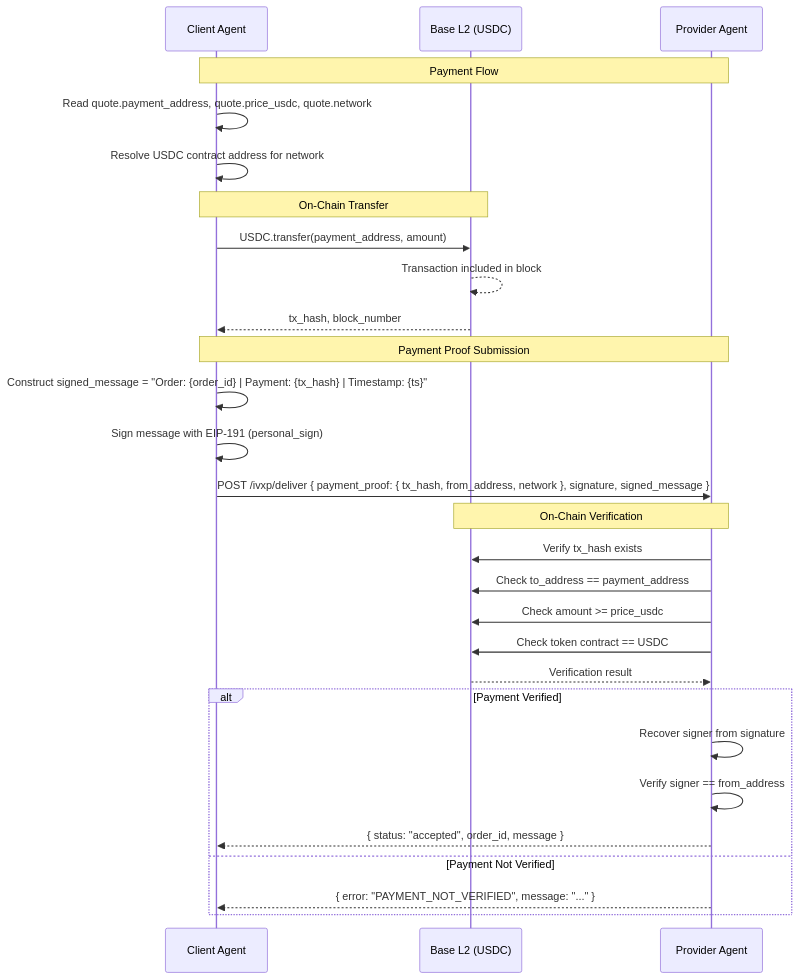
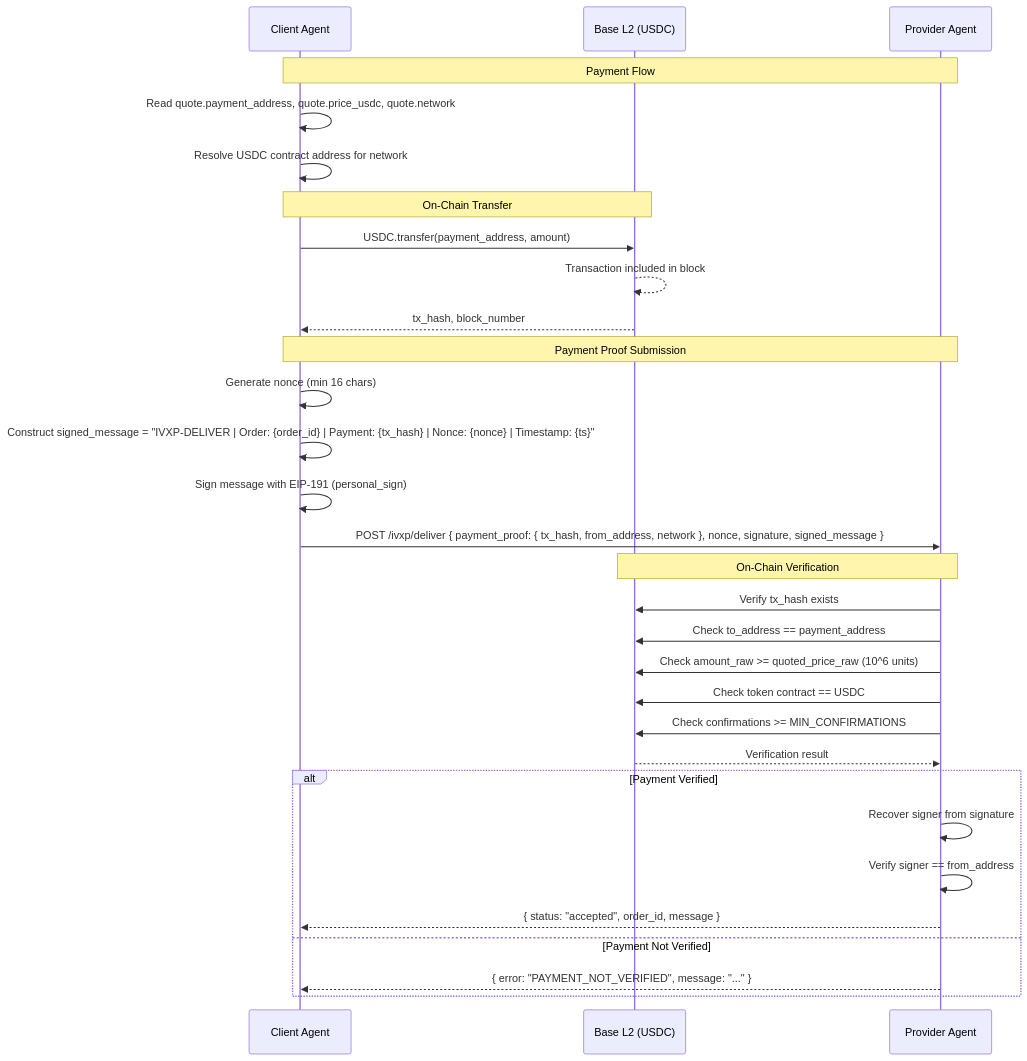
Before and after one commit to franksprotocols/ivxp-protocol: the diagram in docs/protocol/diagrams/payment-sequence.mmd, drawn with Mermaid. The commit also changed 11 other files, not shown here.

First line of the commit message:
docs(protocol): enforce nonce, canonical signed_message, and content_hash requirements

```diff
--- a/docs/protocol/diagrams/payment-sequence.mmd
+++ b/docs/protocol/diagrams/payment-sequence.mmd
@@ -1,34 +1,36 @@
 sequenceDiagram
     participant Client as Client Agent
     participant Chain as Base L2 (USDC)
     participant Provider as Provider Agent
 
     Note over Client,Provider: Payment Flow
 
     Client->>Client: Read quote.payment_address, quote.price_usdc, quote.network
     Client->>Client: Resolve USDC contract address for network
 
     Note over Client,Chain: On-Chain Transfer
     Client->>Chain: USDC.transfer(payment_address, amount)
     Chain-->>Chain: Transaction included in block
     Chain-->>Client: tx_hash, block_number
 
     Note over Client,Provider: Payment Proof Submission
-    Client->>Client: Construct signed_message = "Order: {order_id} | Payment: {tx_hash} | Timestamp: {ts}"
+    Client->>Client: Generate nonce (min 16 chars)
+    Client->>Client: Construct signed_message = "IVXP-DELIVER | Order: {order_id} | Payment: {tx_hash} | Nonce: {nonce} | Timestamp: {ts}"
     Client->>Client: Sign message with EIP-191 (personal_sign)
-    Client->>Provider: POST /ivxp/deliver { payment_proof: { tx_hash, from_address, network }, signature, signed_message }
+    Client->>Provider: POST /ivxp/deliver { payment_proof: { tx_hash, from_address, network }, nonce, signature, signed_message }
 
     Note over Provider,Chain: On-Chain Verification
     Provider->>Chain: Verify tx_hash exists
     Provider->>Chain: Check to_address == payment_address
-    Provider->>Chain: Check amount >= price_usdc
+    Provider->>Chain: Check amount_raw >= quoted_price_raw (10^6 units)
     Provider->>Chain: Check token contract == USDC
+    Provider->>Chain: Check confirmations >= MIN_CONFIRMATIONS
     Chain-->>Provider: Verification result
 
     alt Payment Verified
         Provider->>Provider: Recover signer from signature
         Provider->>Provider: Verify signer == from_address
         Provider-->>Client: { status: "accepted", order_id, message }
     else Payment Not Verified
         Provider-->>Client: { error: "PAYMENT_NOT_VERIFIED", message: "..." }
     end
```
